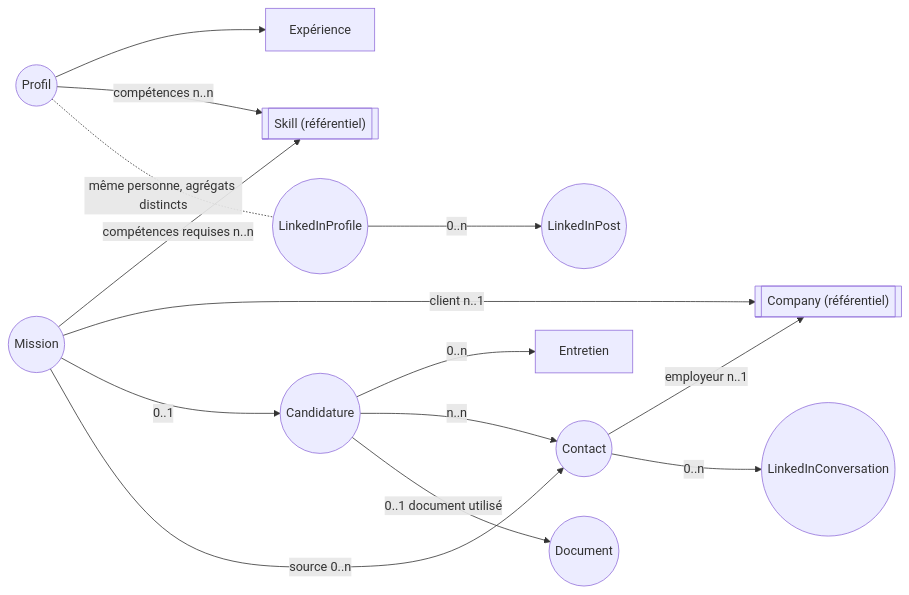
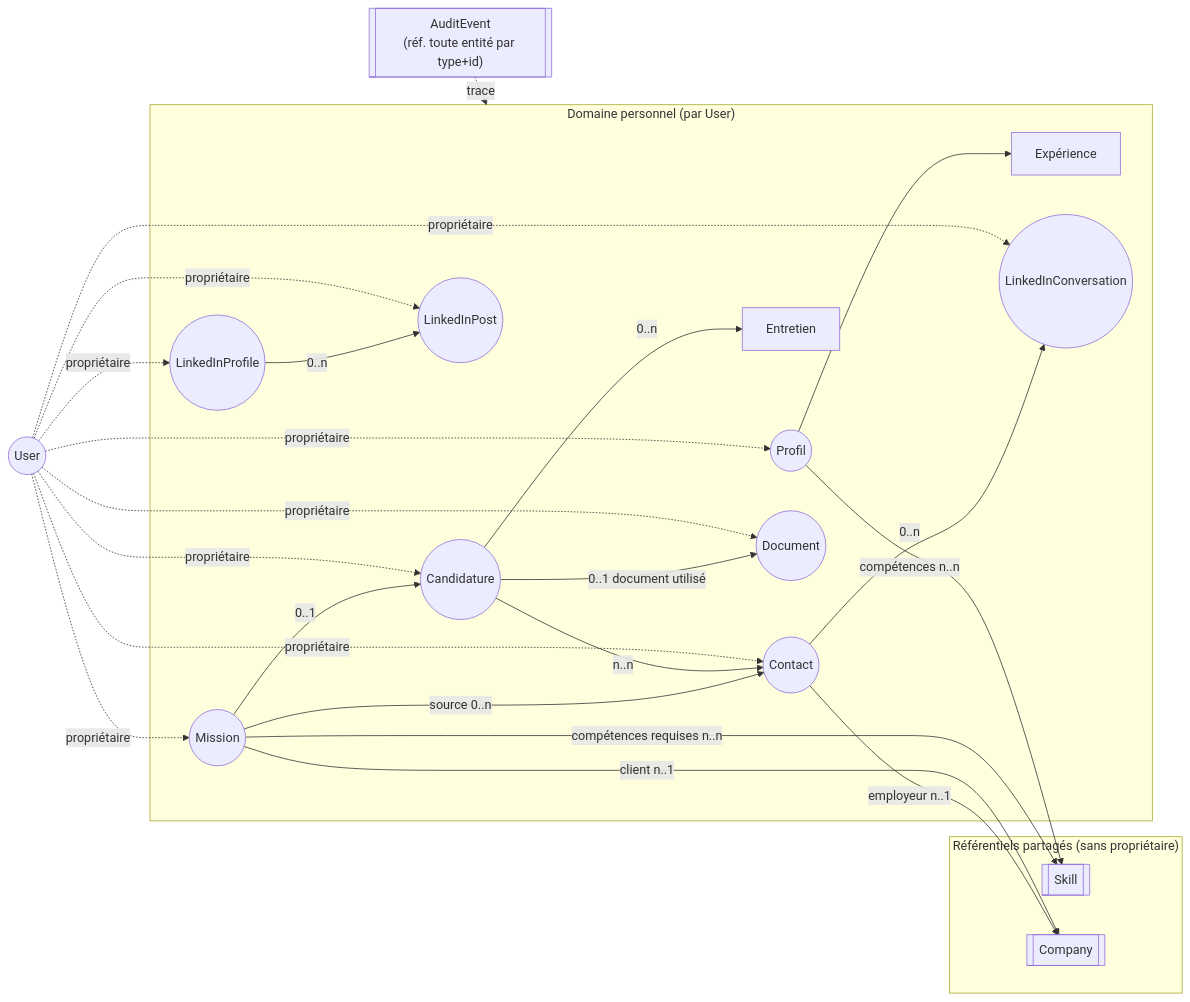
Before and after one commit to jamalhammani-tech/mission-scout-ai: the diagram in docs/domain-model.md, drawn with Mermaid. The commit also changed other lines of this file, not shown here.

First line of the commit message:
docs: add User ownership, personal/shared data boundary, AuditEvent, and Source for imports

````diff
--- a/docs/domain-model.md
+++ b/docs/domain-model.md
@@ -36,29 +43,48 @@
 ```mermaid
 graph LR
-    Skill[["Skill (référentiel)"]]
-    Company[["Company (référentiel)"]]
-    Profil(("Profil"))
-    Experience["Expérience"]
-    Mission(("Mission"))
-    Candidature(("Candidature"))
-    Entretien["Entretien"]
-    Contact(("Contact"))
-    Document(("Document"))
-    LiProfile(("LinkedInProfile"))
-    LiPost(("LinkedInPost"))
-    LiConv(("LinkedInConversation"))
+    User(("User"))
+
+    subgraph Personnel["Domaine personnel (par User)"]
+        Profil(("Profil"))
+        Experience["Expérience"]
+        Mission(("Mission"))
+        Candidature(("Candidature"))
+        Entretien["Entretien"]
+        Contact(("Contact"))
+        Document(("Document"))
+        LiProfile(("LinkedInProfile"))
+        LiPost(("LinkedInPost"))
+        LiConv(("LinkedInConversation"))
+    end
+
+    subgraph Referentiels["Référentiels partagés (sans propriétaire)"]
+        Skill[["Skill"]]
+        Company[["Company"]]
+    end
+
+    Audit[["AuditEvent<br/>(réf. toute entité par type+id)"]]
+
+    User -. "propriétaire" .-> Profil
+    User -. "propriétaire" .-> Mission
+    User -. "propriétaire" .-> Candidature
+    User -. "propriétaire" .-> Contact
+    User -. "propriétaire" .-> Document
+    User -. "propriétaire" .-> LiProfile
+    User -. "propriétaire" .-> LiPost
+    User -. "propriétaire" .-> LiConv
 
     Profil --> Experience
     Profil -- "compétences n..n" --> Skill
     Mission -- "compétences requises n..n" --> Skill
     Mission -- "client n..1" --> Company
     Contact -- "employeur n..1" --> Company
     Mission -- "0..1" --> Candidature
     Candidature -- "0..n" --> Entretien
     Candidature -- "n..n" --> Contact
     Candidature -- "0..1 document utilisé" --> Document
     Mission -- "source 0..n" --> Contact
     Contact -- "0..n" --> LiConv
-    Profil -. "même personne, agrégats distincts" .- LiProfile
     LiProfile -- "0..n" --> LiPost
+
+    Audit -. "trace" .-> Personnel
 ```
````
